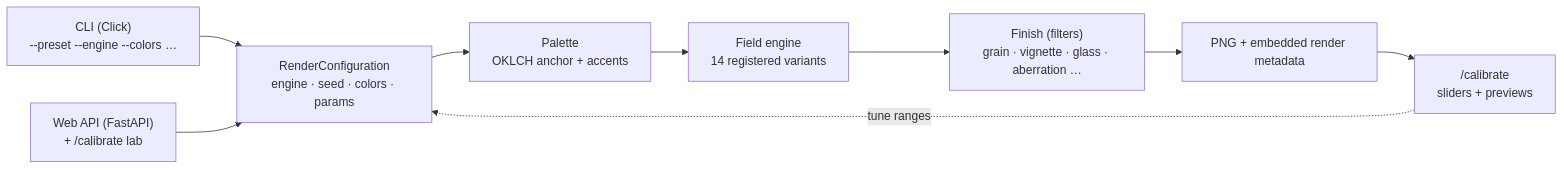
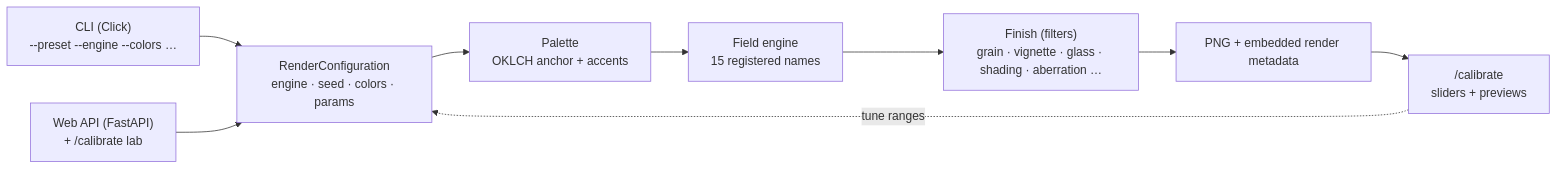
The diagram in README.md (icherniukh/wp-generator), drawn with Mermaid before and after one commit. The commit also changed other lines of this file and 9 other files, not shown here.

````diff
--- a/README.md
+++ b/README.md
@@ -126,11 +133,11 @@
 ```mermaid
 flowchart LR
     CLI["CLI (Click)\n--preset --engine --colors …"] --> CFG["RenderConfiguration\nengine · seed · colors · params"]
     WEB["Web API (FastAPI)\n+ /calibrate lab"] --> CFG
     CFG --> PAL["Palette\nOKLCH anchor + accents"]
-    PAL --> ENG["Field engine\n14 registered variants"]
-    ENG --> FX["Finish (filters)\ngrain · vignette · glass · aberration …"]
+    PAL --> ENG["Field engine\n15 registered names"]
+    ENG --> FX["Finish (filters)\ngrain · vignette · glass · shading · aberration …"]
     FX --> OUT["PNG + embedded render metadata"]
     OUT --> CAL["/calibrate\nsliders + previews"]
     CAL -.->|"tune ranges"| CFG
 ```
````
